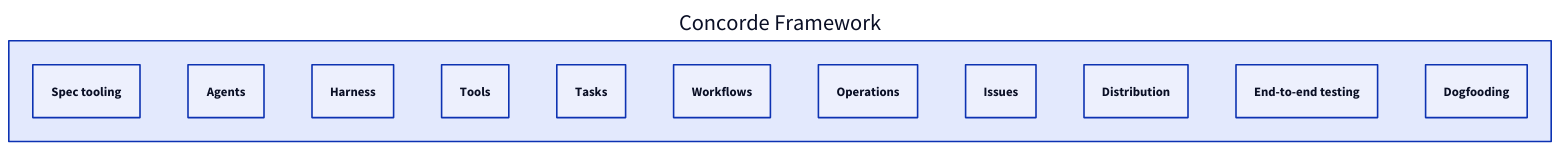
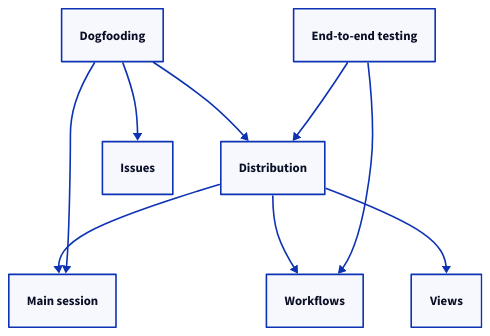
The fourth of 4 diagrams in specs/concorde/module.md (FTOD/concorde), drawn with D2 before and after one commit. The commit also changed other lines of this file and 1 other file, not shown here.

First line of the commit message:
Specs: restate Concorde as five levels with agents at both ends

````diff
--- a/specs/concorde/module.md
+++ b/specs/concorde/module.md
@@ -213,15 +245,17 @@
 ```d2
-root: Concorde Framework {
-  spectooling: Spec tooling
-  agents: Agents
-  harness: Harness
-  tools: Tools
-  tasks: Tasks
-  workflows: Workflows
-  operations: Operations
-  issues: Issues
-  distribution: Distribution
-  e2e: End-to-end testing
-  dogfooding: Dogfooding
-}
+distribution: Distribution
+dogfooding: Dogfooding
+e2e: End-to-end testing
+main: Main session
+workflows: Workflows
+views: Views
+issues: Issues
+distribution -> main
+distribution -> workflows
+distribution -> views
+dogfooding -> distribution
+dogfooding -> main
+dogfooding -> issues
+e2e -> distribution
+e2e -> workflows
 ```
````
